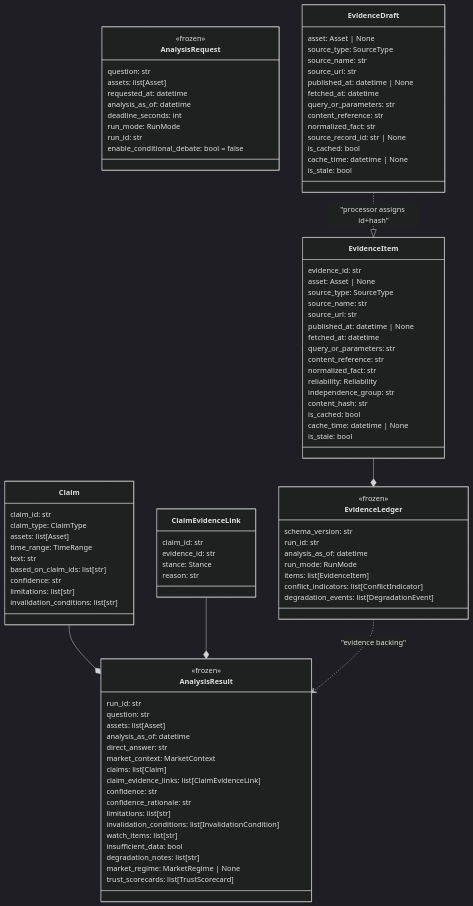
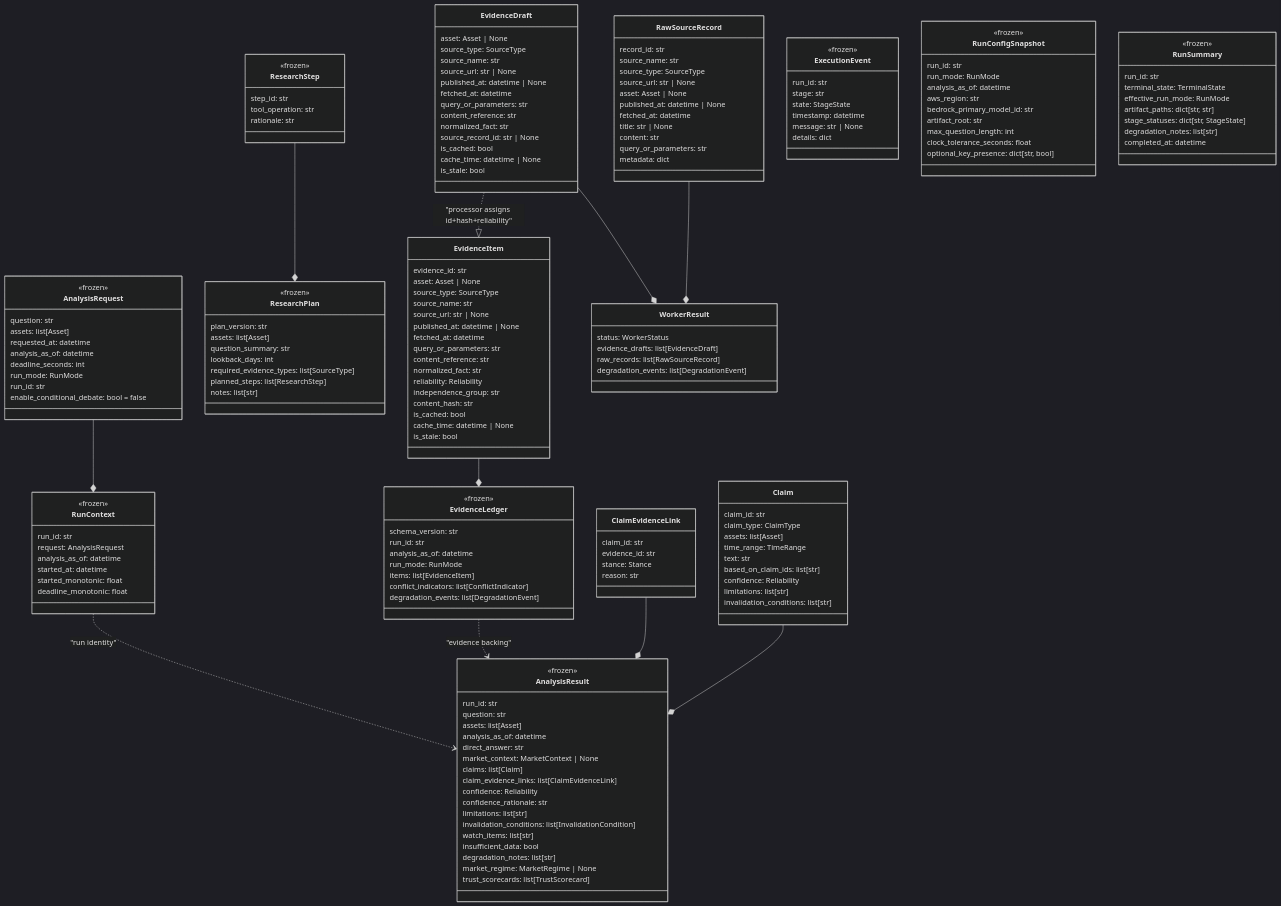
Before and after one commit to kevinzeroCode/hoya-bit-hackathon-agent: the diagram in .agents/summary/data_models.md, drawn with Mermaid (dark theme). The commit also changed other lines of this file and 16 other files, not shown here.

````diff
--- a/.agents/summary/data_models.md
+++ b/.agents/summary/data_models.md
@@ -18,12 +18,70 @@
         enable_conditional_debate: bool = false
     }
 
+    class RunContext {
+        <<frozen>>
+        run_id: str
+        request: AnalysisRequest
+        analysis_as_of: datetime
+        started_at: datetime
+        started_monotonic: float
+        deadline_monotonic: float
+    }
+
+    class ResearchPlan {
+        <<frozen>>
+        plan_version: str
+        assets: list[Asset]
+        question_summary: str
+        lookback_days: int
+        required_evidence_types: list[SourceType]
+        planned_steps: list[ResearchStep]
+        notes: list[str]
+    }
+
+    class ResearchStep {
+        <<frozen>>
+        step_id: str
+        tool_operation: str
+        rationale: str
+    }
+
+    class RawSourceRecord {
+        record_id: str
+        source_name: str
+        source_type: SourceType
+        source_url: str | None
+        asset: Asset | None
+        published_at: datetime | None
+        fetched_at: datetime
+        title: str | None
+        content: str
+        query_or_parameters: str
+        metadata: dict
+    }
+
+    class EvidenceDraft {
+        asset: Asset | None
+        source_type: SourceType
+        source_name: str
+        source_url: str | None
+        published_at: datetime | None
+        fetched_at: datetime
+        query_or_parameters: str
+        content_reference: str
+        normalized_fact: str
+        source_record_id: str | None
+        is_cached: bool
+        cache_time: datetime | None
+        is_stale: bool
+    }
+
     class EvidenceItem {
         evidence_id: str
         asset: Asset | None
         source_type: SourceType
         source_name: str
-        source_url: str
+        source_url: str | None
         published_at: datetime | None
         fetched_at: datetime
         query_or_parameters: str
@@ -32,22 +90,6 @@
         reliability: Reliability
         independence_group: str
         content_hash: str
-        is_cached: bool
-        cache_time: datetime | None
-        is_stale: bool
-    }
-
-    class EvidenceDraft {
-        asset: Asset | None
-        source_type: SourceType
-        source_name: str
-        source_url: str
-        published_at: datetime | None
-        fetched_at: datetime
-        query_or_parameters: str
-        content_reference: str
-        normalized_fact: str
-        source_record_id: str | None
         is_cached: bool
         cache_time: datetime | None
         is_stale: bool
@@ -64,6 +106,13 @@
         degradation_events: list[DegradationEvent]
     }
 
+    class WorkerResult {
+        status: WorkerStatus
+        evidence_drafts: list[EvidenceDraft]
+        raw_records: list[RawSourceRecord]
+        degradation_events: list[DegradationEvent]
+    }
+
     class Claim {
         claim_id: str
         claim_type: ClaimType
@@ -71,7 +120,7 @@
         time_range: TimeRange
         text: str
         based_on_claim_ids: list[str]
-        confidence: str
+        confidence: Reliability
         limitations: list[str]
         invalidation_conditions: list[str]
     }
@@ -90,10 +139,10 @@
         assets: list[Asset]
         analysis_as_of: datetime
         direct_answer: str
-        market_context: MarketContext
+        market_context: MarketContext | None
         claims: list[Claim]
         claim_evidence_links: list[ClaimEvidenceLink]
-        confidence: str
+        confidence: Reliability
         confidence_rationale: str
         limitations: list[str]
         invalidation_conditions: list[InvalidationCondition]
@@ -104,9 +153,48 @@
         trust_scorecards: list[TrustScorecard]
     }
 
-    EvidenceDraft ..|> EvidenceItem : "processor assigns id+hash"
+    class ExecutionEvent {
+        <<frozen>>
+        run_id: str
+        stage: str
+        state: StageState
+        timestamp: datetime
+        message: str | None
+        details: dict
+    }
+
+    class RunConfigSnapshot {
+        <<frozen>>
+        run_id: str
+        run_mode: RunMode
+        analysis_as_of: datetime
+        aws_region: str
+        bedrock_primary_model_id: str
+        artifact_root: str
+        max_question_length: int
+        clock_tolerance_seconds: float
+        optional_key_presence: dict[str, bool]
+    }
+
+    class RunSummary {
+        <<frozen>>
+        run_id: str
+        terminal_state: TerminalState
+        effective_run_mode: RunMode
+        artifact_paths: dict[str, str]
+        stage_statuses: dict[str, StageState]
+        degradation_notes: list[str]
+        completed_at: datetime
+    }
+
+    AnalysisRequest --* RunContext
+    ResearchStep --* ResearchPlan
+    RawSourceRecord --* WorkerResult
+    EvidenceDraft --* WorkerResult
+    EvidenceDraft ..|> EvidenceItem : "processor assigns id+hash+reliability"
     EvidenceItem --* EvidenceLedger
     Claim --* AnalysisResult
     ClaimEvidenceLink --* AnalysisResult
     EvidenceLedger ..> AnalysisResult : "evidence backing"
+    RunContext ..> AnalysisResult : "run identity"
 ```
````
